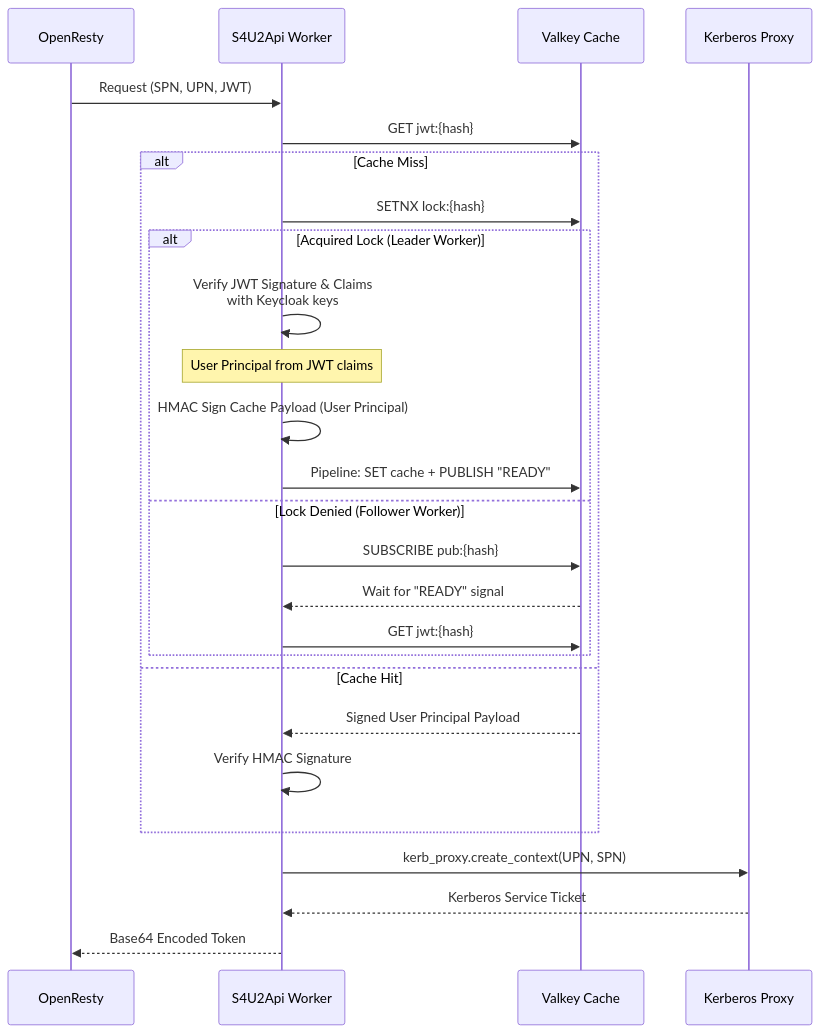
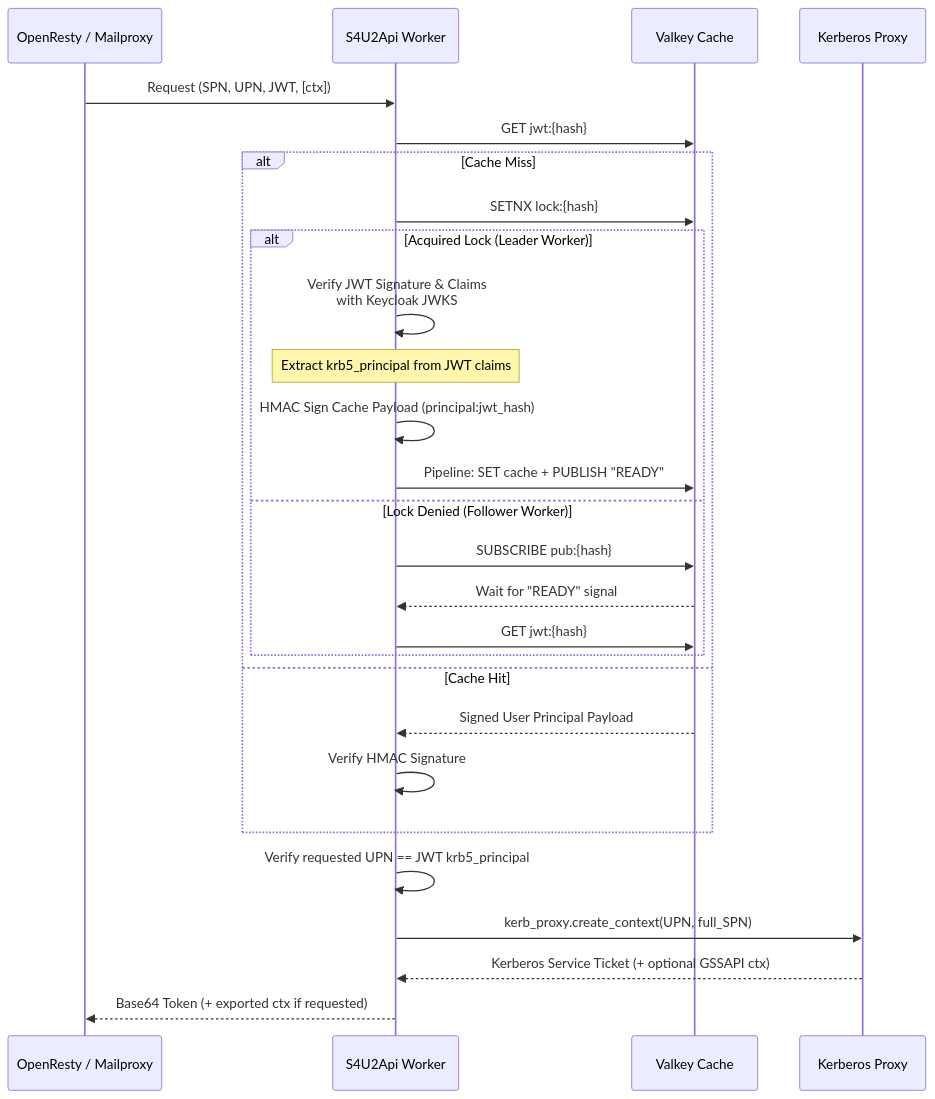
Before and after one commit to BotoX/msxproxy: the second of 3 diagrams in s4u2api/README.md, drawn with Mermaid. The commit also changed other lines of this file and 72 other files, not shown here.

````diff
--- a/s4u2api/README.md
+++ b/s4u2api/README.md
@@ -34,31 +32,32 @@
 ```mermaid
 sequenceDiagram
-    participant C as OpenResty
+    participant C as OpenResty / Mailproxy
     participant L as S4U2Api Worker
     participant V as Valkey Cache
     participant K as Kerberos Proxy
 
-    C->>L: Request (SPN, UPN, JWT)
+    C->>L: Request (SPN, UPN, JWT, [ctx])
     L->>V: GET jwt:{hash}
 
     alt Cache Miss
         L->>V: SETNX lock:{hash}
         alt Acquired Lock (Leader Worker)
-            L->>L: Verify JWT Signature & Claims<br>with Keycloak keys
-            Note over L: User Principal from JWT claims
-            L->>L: HMAC Sign Cache Payload (User Principal)
+            L->>L: Verify JWT Signature & Claims<br/>with Keycloak JWKS
+            Note over L: Extract krb5_principal from JWT claims
+            L->>L: HMAC Sign Cache Payload (principal:jwt_hash)
             L->>V: Pipeline: SET cache + PUBLISH "READY"
         else Lock Denied (Follower Worker)
             L->>V: SUBSCRIBE pub:{hash}
             V-->>L: Wait for "READY" signal
             L->>V: GET jwt:{hash}
         end
     else Cache Hit
         V-->>L: Signed User Principal Payload
         L->>L: Verify HMAC Signature
     end
 
-    L->>K: kerb_proxy.create_context(UPN, SPN)
-    K-->>L: Kerberos Service Ticket
-    L-->>C: Base64 Encoded Token
+    L->>L: Verify requested UPN == JWT krb5_principal
+    L->>K: kerb_proxy.create_context(UPN, full_SPN)
+    K-->>L: Kerberos Service Ticket (+ optional GSSAPI ctx)
+    L-->>C: Base64 Token (+ exported ctx if requested)
 ```
````
